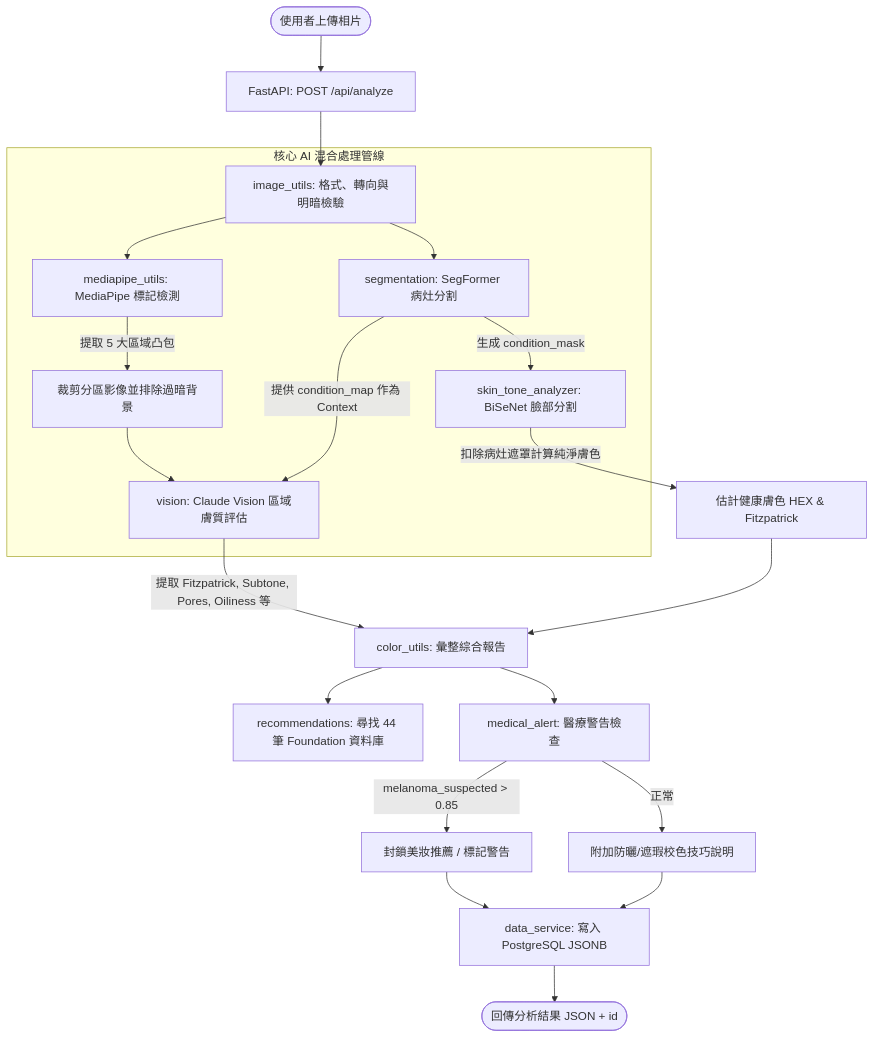
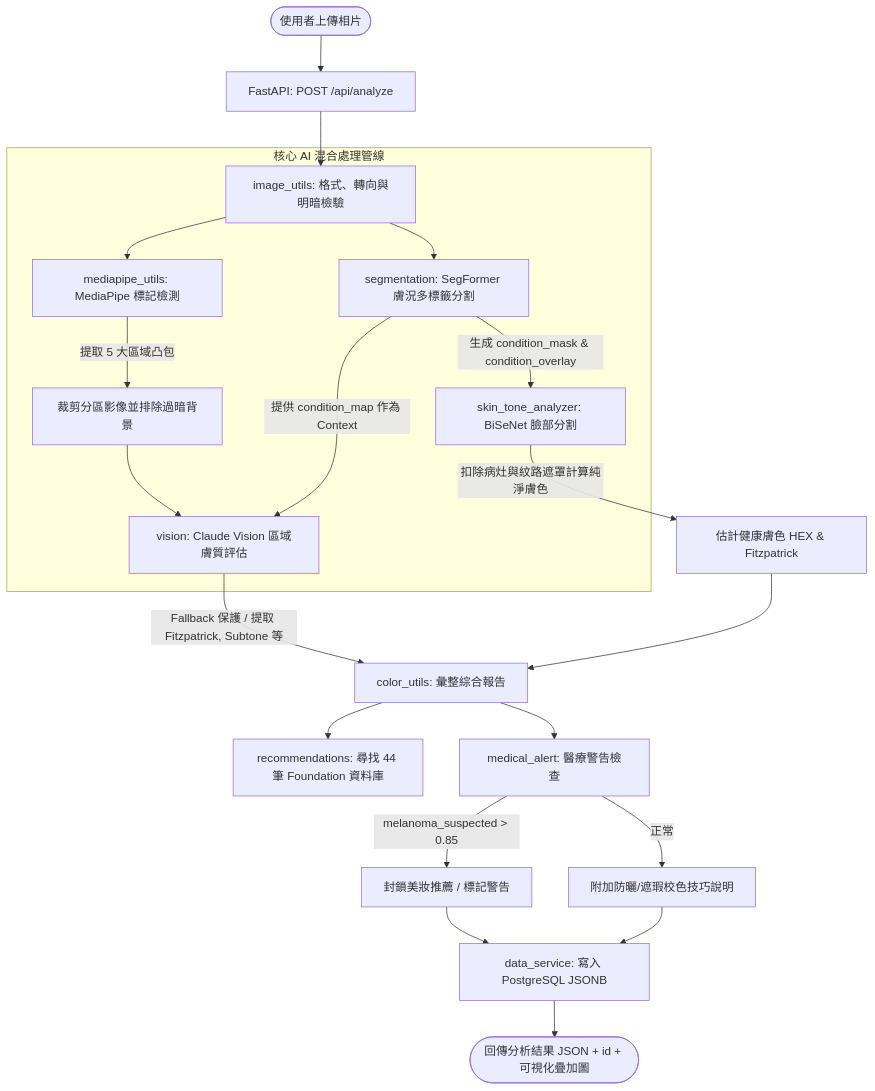
One commit to liggiaelena/Back_Lumiere changed the diagram in documentation/後端結構檢查.md. Above: the diagram before and after it, drawn with Mermaid. The commit also changed other lines of this file, not shown here.

````diff
--- a/documentation/後端結構檢查.md
+++ b/documentation/後端結構檢查.md
@@ -55,31 +75,32 @@
 ```mermaid
 graph TD
     User([使用者上傳相片]) --> API[FastAPI: POST /api/analyze]
     API --> Validate[image_utils: 格式、轉向與明暗檢驗]
     
     subgraph AI Pipeline [核心 AI 混合處理管線]
-        Validate --> SegFormer[segmentation: SegFormer 病灶分割]
-        SegFormer -->|生成 condition_mask| BiSeNet[skin_tone_analyzer: BiSeNet 臉部分割]
+        Validate --> SegFormer[segmentation: SegFormer 膚況多標籤分割]
+        SegFormer -->|生成 condition_mask & condition_overlay| BiSeNet[skin_tone_analyzer: BiSeNet 臉部分割]
         
         Validate --> MediaPipe[mediapipe_utils: MediaPipe 標記檢測]
         MediaPipe -->|提取 5 大區域凸包| Crops[裁剪分區影像並排除過暗背景]
         
         Crops --> Claude[vision: Claude Vision 區域膚質評估]
         SegFormer -->|提供 condition_map 作為 Context| Claude
     end
     
-    BiSeNet -->|扣除病灶遮罩計算純淨膚色| SkinTone[估計健康膚色 HEX & Fitzpatrick]
-    Claude -->|提取 Fitzpatrick, Subtone, Pores, Oiliness 等| FinalReport[color_utils: 彙整綜合報告]
+    BiSeNet -->|扣除病灶與紋路遮罩計算純淨膚色| SkinTone[估計健康膚色 HEX & Fitzpatrick]
+    Claude -->|Fallback 保護 / 提取 Fitzpatrick, Subtone 等| FinalReport[color_utils: 彙整綜合報告]
     SkinTone --> FinalReport
     
     FinalReport --> Recommendations[recommendations: 尋找 44 筆 Foundation 資料庫]
     FinalReport --> Triage[medical_alert: 醫療警告檢查]
     
     Triage -->|melanoma_suspected > 0.85| Block[封鎖美妝推薦 / 標記警告]
     Triage -->|正常| RecOK[附加防曬/遮瑕校色技巧說明]
     
     Block --> SaveDB[data_service: 寫入 PostgreSQL JSONB]
     RecOK --> SaveDB
     
-    SaveDB --> Response([回傳分析結果 JSON + id])
+    SaveDB --> Response([回傳分析結果 JSON + id + 可視化疊加圖])
+
 ```
````
